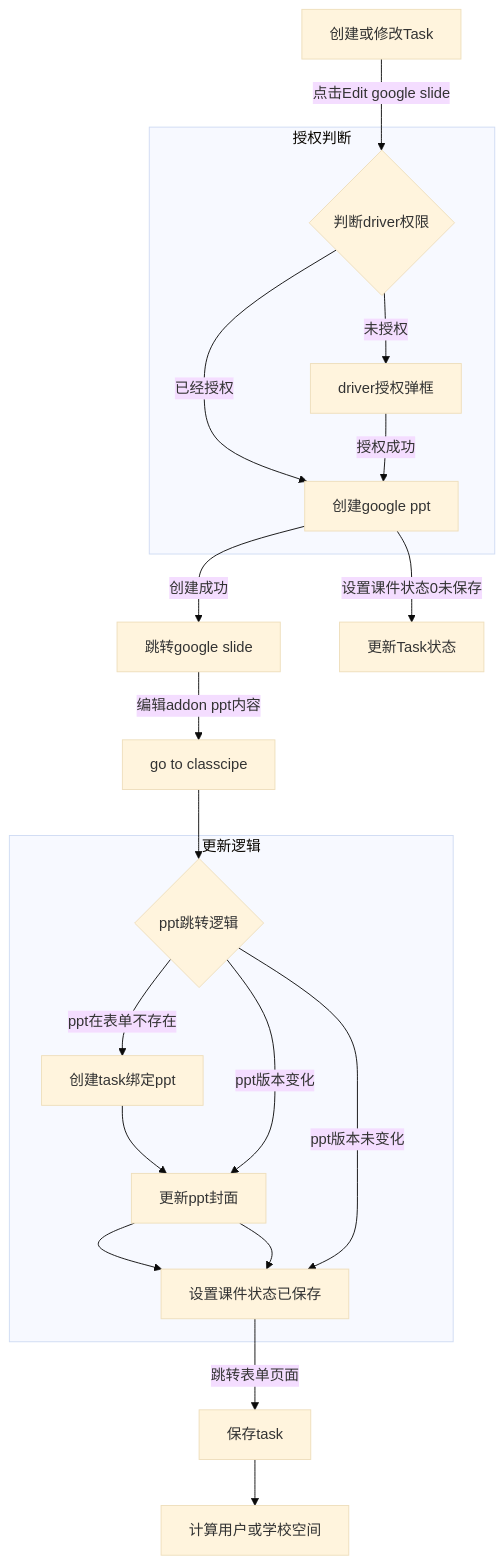
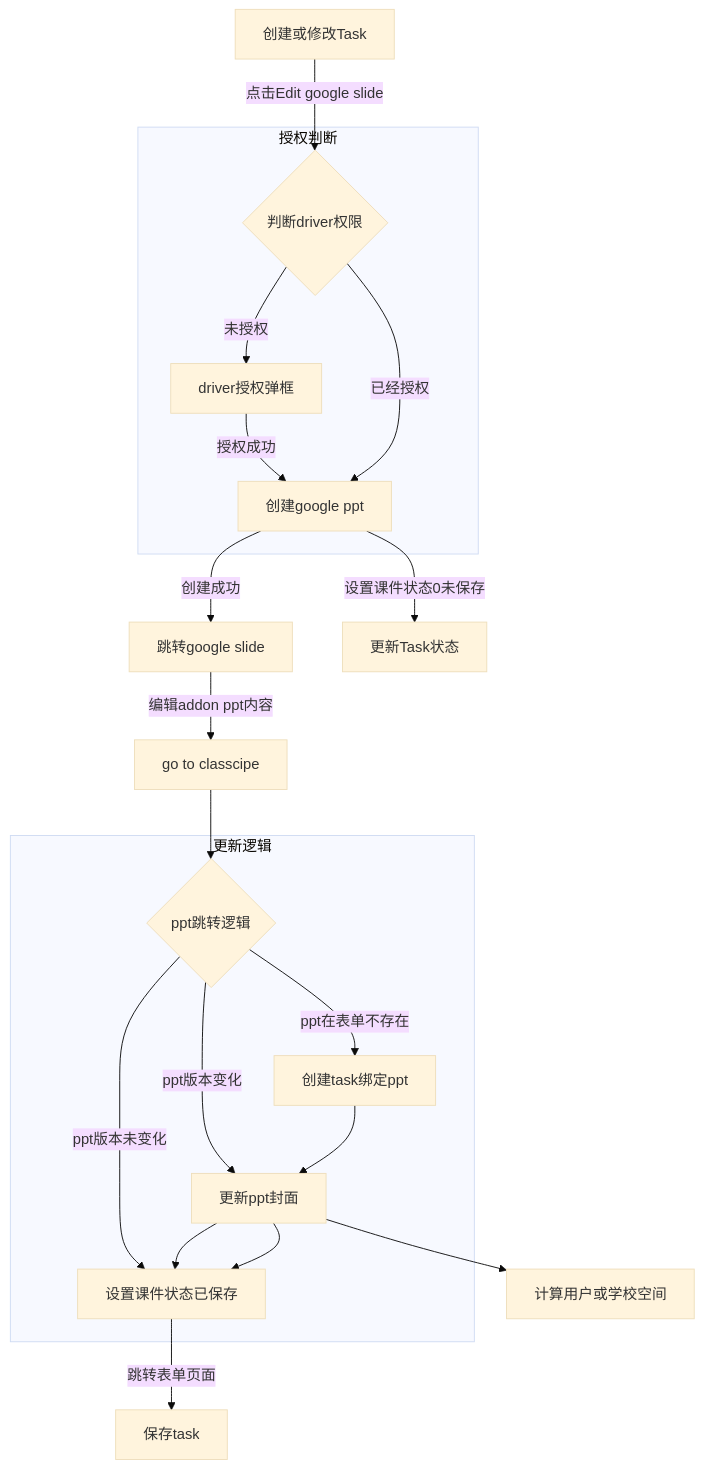
Before and after one commit to zran-nz/doc: the first of 4 diagrams in main/PPT.md, drawn with Mermaid (base theme).

Commit message:
change ppt

````diff
--- a/main/PPT.md
+++ b/main/PPT.md
@@ -10,22 +10,23 @@
 ```mermaid
 flowchart TB
 
 A[创建或修改Task] --点击Edit google slide--> B{判断driver权限}
   subgraph 授权判断
     B --已经授权--> C[创建google ppt]
     B --未授权--> D[driver授权弹框]
     D --授权成功--> C[创建google ppt]
   end
 C--创建成功--> E[跳转google slide]
 C--设置课件状态0未保存--> F[更新Task状态]
 E--编辑addon ppt内容--> G[go to classcipe]
 G --> I{ppt跳转逻辑}
   subgraph 更新逻辑
   I--ppt在表单不存在-->I1[创建task绑定ppt]-->I2[更新ppt封面]-->I3[设置课件状态已保存]
   I--ppt版本变化-->I2[更新ppt封面]-->I3[设置课件状态已保存]
   I--ppt版本未变化-->I3[设置课件状态已保存]
   end
-I3--跳转表单页面--> J[保存task]--> L[计算用户或学校空间]
+I3--跳转表单页面--> J[保存task]
+I2--> L[计算用户或学校空间]
 
 
 ```
````
